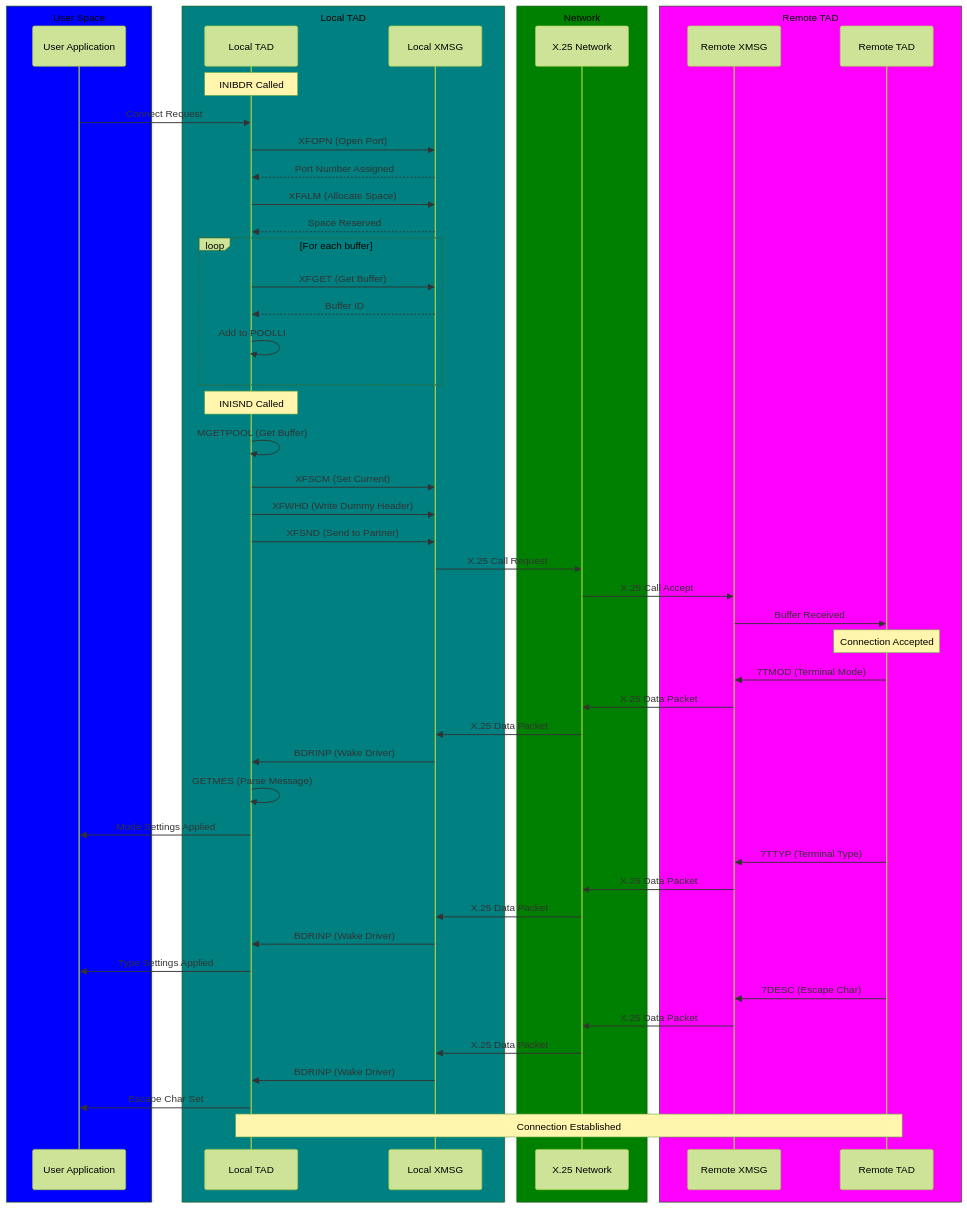
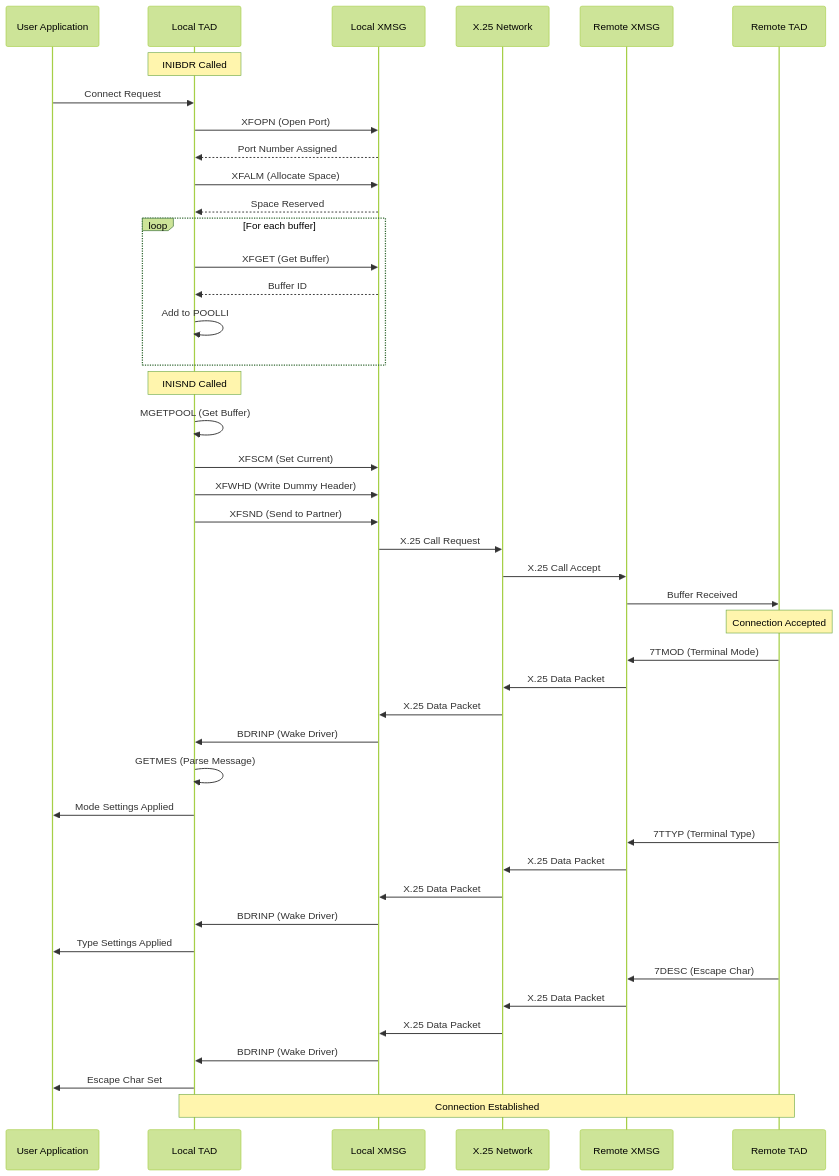
Before and after one commit to HackerCorpLabs/NDInsight: the first of 21 diagrams in SINTRAN/TAD/TAD-Protocol-Flows.md, drawn with Mermaid (forest theme). The commit also changed other lines of this file and 3 other files, not shown here.

First line of the commit message:
docs: Remove colored box backgrounds from Mermaid sequence diagrams

````diff
--- a/SINTRAN/TAD/TAD-Protocol-Flows.md
+++ b/SINTRAN/TAD/TAD-Protocol-Flows.md
@@ -17,68 +17,53 @@
 ```mermaid
 sequenceDiagram
     participant User as User Application
     participant TAD as Local TAD
     participant XMSG as Local XMSG
     participant Net as X.25 Network
     participant RXMSG as Remote XMSG
     participant RTAD as Remote TAD
 
     Note over TAD: INIBDR Called
     User->>TAD: Connect Request
     TAD->>XMSG: XFOPN (Open Port)
     XMSG-->>TAD: Port Number Assigned
     TAD->>XMSG: XFALM (Allocate Space)
     XMSG-->>TAD: Space Reserved
 
     loop For each buffer
         TAD->>XMSG: XFGET (Get Buffer)
         XMSG-->>TAD: Buffer ID
         TAD->>TAD: Add to POOLLI
     end
 
     Note over TAD: INISND Called
     TAD->>TAD: MGETPOOL (Get Buffer)
     TAD->>XMSG: XFSCM (Set Current)
     TAD->>XMSG: XFWHD (Write Dummy Header)
     TAD->>XMSG: XFSND (Send to Partner)
     XMSG->>Net: X.25 Call Request
     Net->>RXMSG: X.25 Call Accept
     RXMSG->>RTAD: Buffer Received
 
     Note over RTAD: Connection Accepted
     RTAD->>RXMSG: 7TMOD (Terminal Mode)
     RXMSG->>Net: X.25 Data Packet
     Net->>XMSG: X.25 Data Packet
     XMSG->>TAD: BDRINP (Wake Driver)
     TAD->>TAD: GETMES (Parse Message)
     TAD->>User: Mode Settings Applied
 
     RTAD->>RXMSG: 7TTYP (Terminal Type)
     RXMSG->>Net: X.25 Data Packet
     Net->>XMSG: X.25 Data Packet
     XMSG->>TAD: BDRINP (Wake Driver)
     TAD->>User: Type Settings Applied
 
     RTAD->>RXMSG: 7DESC (Escape Char)
     RXMSG->>Net: X.25 Data Packet
     Net->>XMSG: X.25 Data Packet
     XMSG->>TAD: BDRINP (Wake Driver)
     TAD->>User: Escape Char Set
 
     Note over TAD,RTAD: Connection Established
-    
-    box Blue User Space
-    participant User
-    end
-    box Teal Local TAD
-    participant TAD
-    participant XMSG
-    end
-    box Green Network
-    participant Net
-    end
-    box Magenta Remote TAD
-    participant RXMSG
-    participant RTAD
-    end
 ```
````
